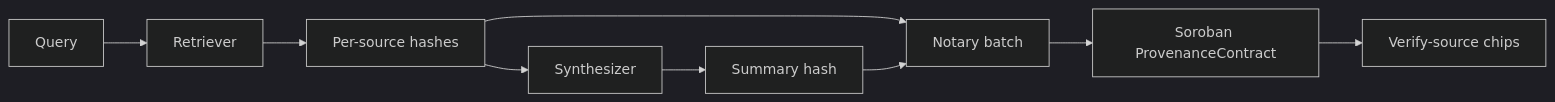
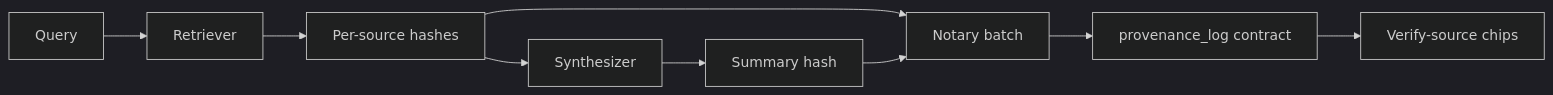
Before and after one commit to abdulahaddayater/ProvenanceBot: the diagram in docs/PROVENANCE.md, drawn with Mermaid (dark theme). The commit also changed other lines of this file and 1 other file, not shown here.

````diff
--- a/docs/PROVENANCE.md
+++ b/docs/PROVENANCE.md
@@ -58,11 +53,11 @@
 ```mermaid
 flowchart LR
   Q[Query] --> R[Retriever]
   R --> HS[Per-source hashes]
   HS --> Syn[Synthesizer]
   Syn --> SH[Summary hash]
   HS --> Batch[Notary batch]
   SH --> Batch
-  Batch --> Chain[Soroban ProvenanceContract]
+  Batch --> Chain[provenance_log contract]
   Chain --> UI[Verify-source chips]
 ```
````
